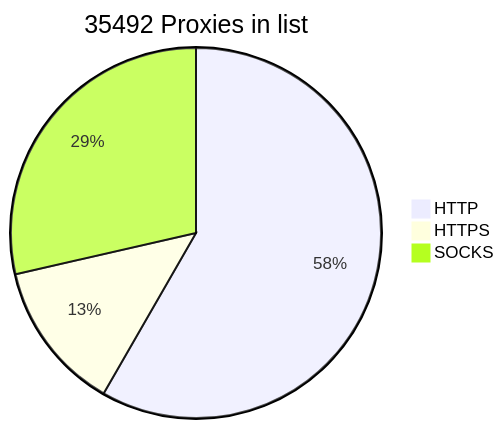
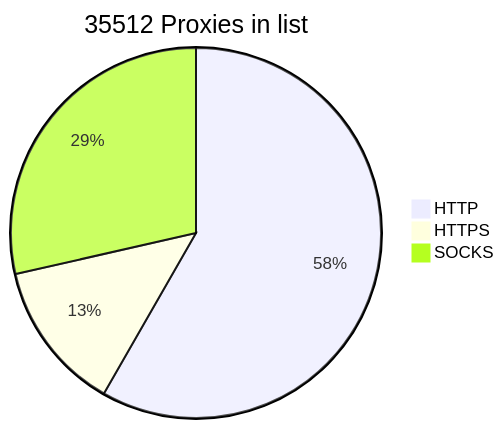
Before and after one commit to BlackSnowDot/proxylist-update-every-minute: the diagram in README.md, drawn with Mermaid.

````diff
--- a/README.md
+++ b/README.md
@@ -2,6 +2,6 @@
 ```mermaid
-pie title 35492 Proxies in list
-    "HTTP" : 22975
-    "HTTPS": 5168
+pie title 35512 Proxies in list
+    "HTTP" : 22978
+    "HTTPS": 5185
     "SOCKS" : 11259
 ```
````
